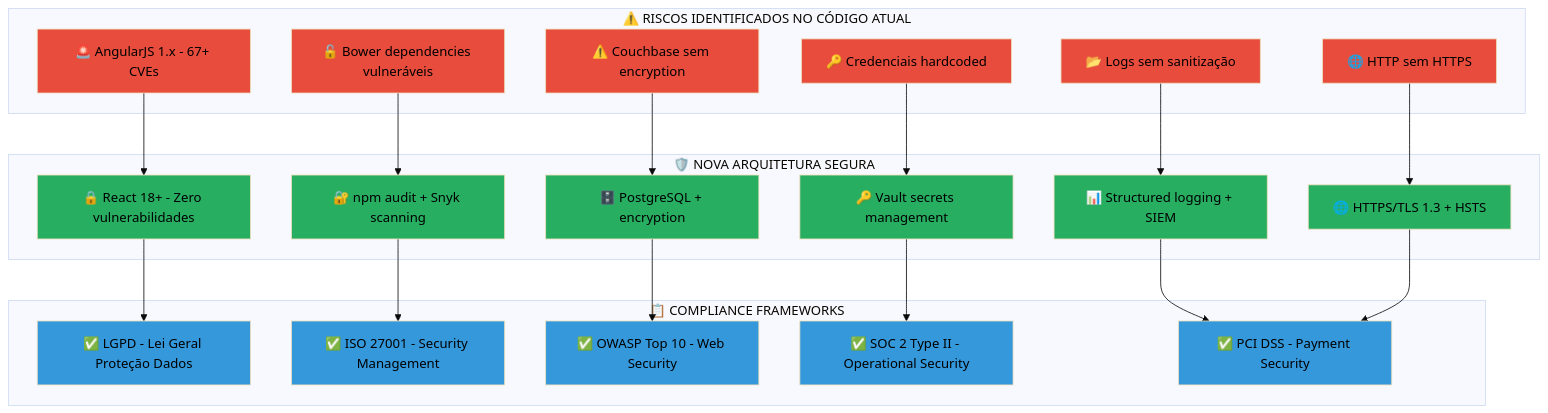
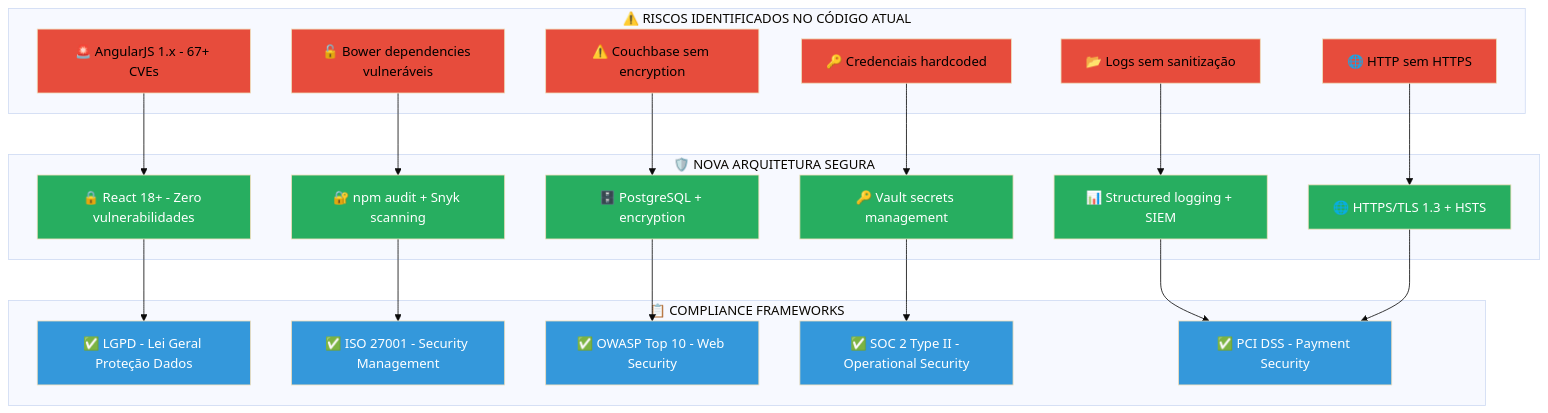
Before and after one commit to EduPereiraAlest/FocusTextil: the diagram in 01-Proposta/documentacao/security-compliance.md, drawn with Mermaid (base theme). The commit also changed 5 other files, not shown here.

First line of the commit message:
fix: Ajustar contraste do texto em fundos escuros dos diagramas

````diff
--- a/01-Proposta/documentacao/security-compliance.md
+++ b/01-Proposta/documentacao/security-compliance.md
@@ -7,60 +7,60 @@
 ```mermaid
 graph TB
 subgraph "⚠️ RISCOS IDENTIFICADOS NO CÓDIGO ATUAL"
 A["🚨 AngularJS 1.x - 67+ CVEs"]
 B["🔓 Bower dependencies vulneráveis"]
 C["⚠️ Couchbase sem encryption"]
 D["🔑 Credenciais hardcoded"]
 E["📂 Logs sem sanitização"]
 F["🌐 HTTP sem HTTPS"]
 end
 
 subgraph "🛡️ NOVA ARQUITETURA SEGURA"
 G["🔒 React 18+ - Zero vulnerabilidades"]
 H["🔐 npm audit + Snyk scanning"]
 I["🗄️ PostgreSQL + encryption"]
 J["🔑 Vault secrets management"]
 K["📊 Structured logging + SIEM"]
 L["🌐 HTTPS/TLS 1.3 + HSTS"]
 end
 
 subgraph "📋 COMPLIANCE FRAMEWORKS"
 M["✅ LGPD - Lei Geral Proteção Dados"]
 N["✅ ISO 27001 - Security Management"]
 O["✅ OWASP Top 10 - Web Security"]
 P["✅ SOC 2 Type II - Operational Security"]
 Q["✅ PCI DSS - Payment Security"]
 end
 
 A --> G
 B --> H
 C --> I
 D --> J
 E --> K
 F --> L
 
 G --> M
 H --> N
 I --> O
 J --> P
 K --> Q
 L --> Q
 
 style A fill:#e74c3c,color:#000000
 style B fill:#e74c3c,color:#000000
 style C fill:#e74c3c,color:#000000
 style D fill:#e74c3c,color:#000000
 style E fill:#e74c3c,color:#000000
 style F fill:#e74c3c,color:#000000
-style G fill:#27ae60,color:#000000
-style H fill:#27ae60,color:#000000
-style I fill:#27ae60,color:#000000
-style J fill:#27ae60,color:#000000
-style K fill:#27ae60,color:#000000
-style L fill:#27ae60,color:#000000
-style M fill:#3498db,color:#000000
-style N fill:#3498db,color:#000000
-style O fill:#3498db,color:#000000
-style P fill:#3498db,color:#000000
-style Q fill:#3498db,color:#000000
+style G fill:#27ae60,color:#ffffff
+style H fill:#27ae60,color:#ffffff
+style I fill:#27ae60,color:#ffffff
+style J fill:#27ae60,color:#ffffff
+style K fill:#27ae60,color:#ffffff
+style L fill:#27ae60,color:#ffffff
+style M fill:#3498db,color:#ffffff
+style N fill:#3498db,color:#ffffff
+style O fill:#3498db,color:#ffffff
+style P fill:#3498db,color:#ffffff
+style Q fill:#3498db,color:#ffffff
 ```
````
